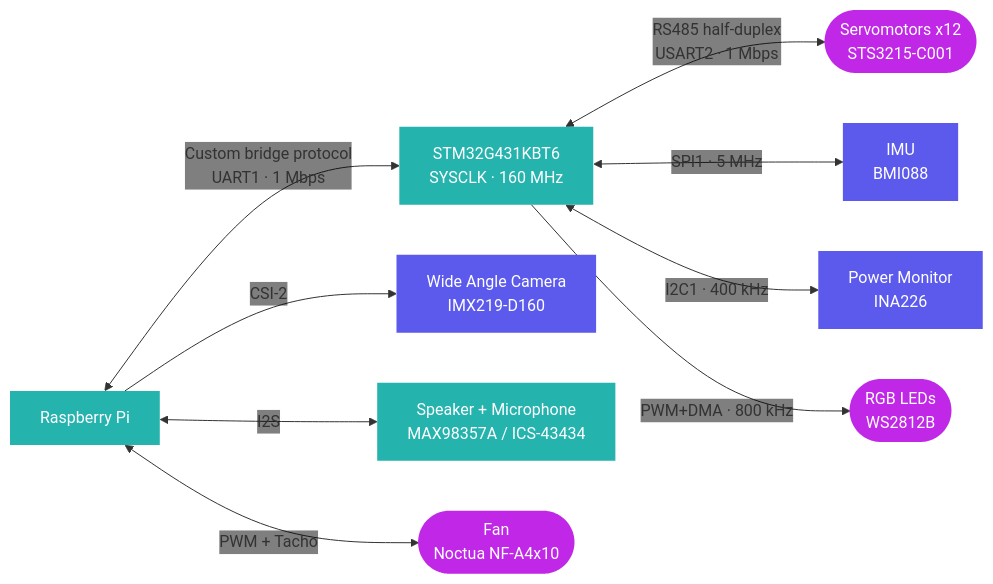
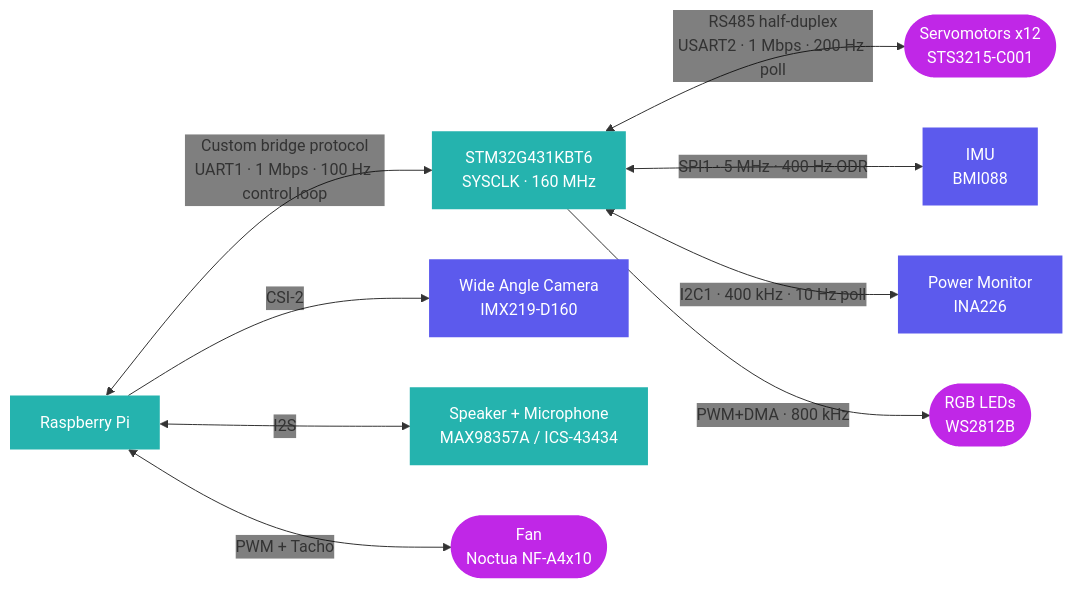
The second of 2 diagrams in README.md (Mowibox/chromapi_motherboard), drawn with Mermaid before and after one commit. The commit also changed 5 other files, not shown here.

````diff
--- a/README.md
+++ b/README.md
@@ -123,31 +123,31 @@
 ```mermaid
 %%{init: {'themeVariables': {'edgeLabelBackground':'transparent'}}}%%
 flowchart LR
     RPI["Raspberry Pi"]
     MCU["STM32G431KBT6<br/>SYSCLK · 160 MHz"]
     SERVOS(["Servomotors x12<br/>STS3215-C001"])
     IMU["IMU<br/>BMI088"]
     PWR["Power Monitor<br/>INA226"]
     LED(["RGB LEDs<br/>WS2812B"])
     CAM["Wide Angle Camera<br/>IMX219-D160"]
     AUDIO["Speaker + Microphone<br/>MAX98357A / ICS-43434"]
     FAN(["Fan<br/>Noctua NF-A4x10"])
 
-    RPI <-->|"Custom bridge protocol<br/>UART1 · 1 Mbps"| MCU
-    MCU <-->|"RS485 half-duplex<br/>USART2 · 1 Mbps "| SERVOS
-    MCU <-->|"SPI1 · 5 MHz"| IMU
-    MCU <-->|"I2C1 · 400 kHz"| PWR
+    RPI <-->|"Custom bridge protocol<br/>UART1 · 1 Mbps · 100 Hz control loop"| MCU
+    MCU <-->|"RS485 half-duplex<br/>USART2 · 1 Mbps · 200 Hz poll"| SERVOS
+    MCU <-->|"SPI1 · 5 MHz · 400 Hz ODR"| IMU
+    MCU <-->|"I2C1 · 400 kHz · 10 Hz poll"| PWR
     MCU -->|"PWM+DMA · 800 kHz"| LED
 
     RPI -->|"CSI-2"| CAM
     RPI <-->|"I2S"| AUDIO
     RPI <-->|"PWM + Tacho"| FAN
 
     classDef ic fill:#25b3ae,color:#ffffff,stroke:none
     classDef actuator fill:#c027e7,color:#ffffff,stroke:none
     classDef sensor fill:#5c5aed,color:#ffffff,stroke:none
 
     class RPI,MCU,AUDIO ic
     class SERVOS,LED,FAN actuator
     class IMU,PWR,CAM sensor
 ```
````
